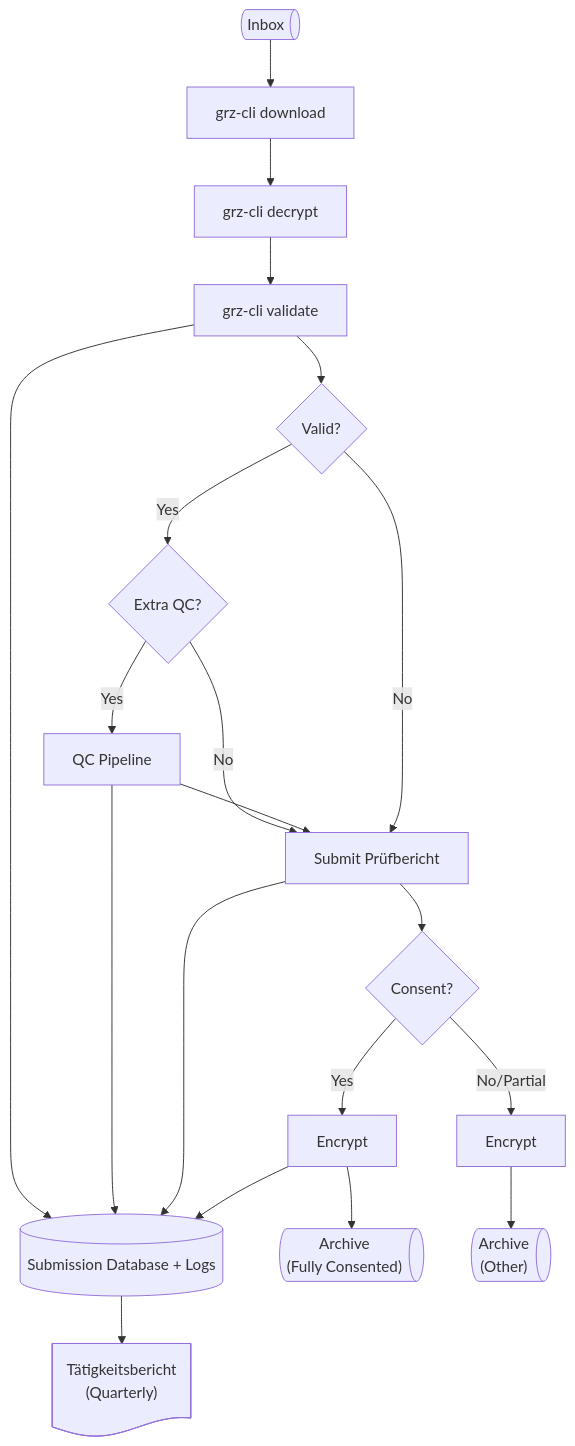
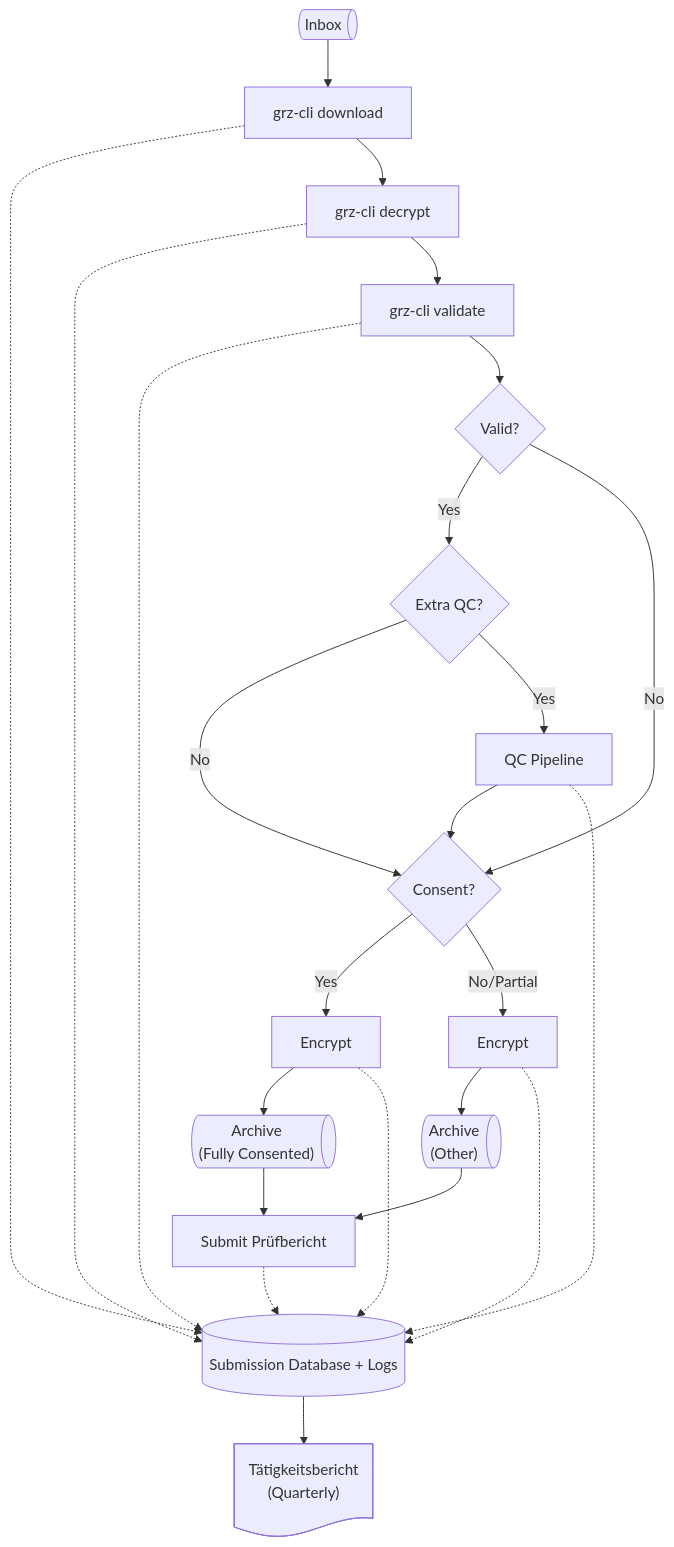
Before and after one commit to twrightsman/grz-watchdog: the first of 2 diagrams in docs/design.md, drawn with Mermaid. The commit also changed other lines of this file, not shown here.

Commit message:
Update after more discussion

````diff
--- a/docs/design.md
+++ b/docs/design.md
@@ -8,34 +8,42 @@
 ```mermaid
 flowchart TD
     n1["Inbox"] --> n2["grz-cli download"]
+    n2 -.-> n12
     n2 --> n3["grz-cli decrypt"]
+    n3 -.-> n12
     n3 --> n4["grz-cli validate"]
-    n4 --> n12["Submission Database + Logs"] & n15["Valid?"]
-    n5["Extra QC?"] -- No --> n6["Submit Prüfbericht"]
+    n4 -.-> n12["Submission Database + Logs"]
+    n4 --> n15["Valid?"]
+    n5["Extra QC?"] -- No --> n9["Consent?"]
     n5 -- "Yes" --> n7["QC Pipeline"]
-    n7 --> n6 & n12
-    n6 --> n12 & n9["Consent?"]
+    n7 --> n9
+    n7 -.-> n12
+    n6 -.-> n12
     n9 -- Yes --> n11["Encrypt"]
     n9 -- No/Partial --> n14["Encrypt"]
-    n11 --> n8["Archive<br>(Fully Consented)"] & n12
+    n11 --> n8["Archive<br>(Fully Consented)"]
+    n11 -.-> n12
     n12 --> n13["Tätigkeitsbericht<br>(Quarterly)"]
     n14 --> n10["Archive<br>(Other)"]
+    n14 -.-> n12
     n15 -- Yes --> n5
-    n15 -- No  --> n6
+    n15 -- No  --> n9
+    n10 --> n6["Submit Prüfbericht"]
+    n8 --> n6
 
     n1@{ shape: das}
     n2@{ shape: proc}
     n3@{ shape: proc}
     n4@{ shape: proc}
     n12@{ shape: db}
     n15@{ shape: decision}
     n5@{ shape: decision}
     n6@{ shape: proc}
     n7@{ shape: proc}
     n9@{ shape: decision}
     n11@{ shape: proc}
     n14@{ shape: proc}
     n8@{ shape: das}
     n13@{ shape: doc}
     n10@{ shape: das}
 ```
````
